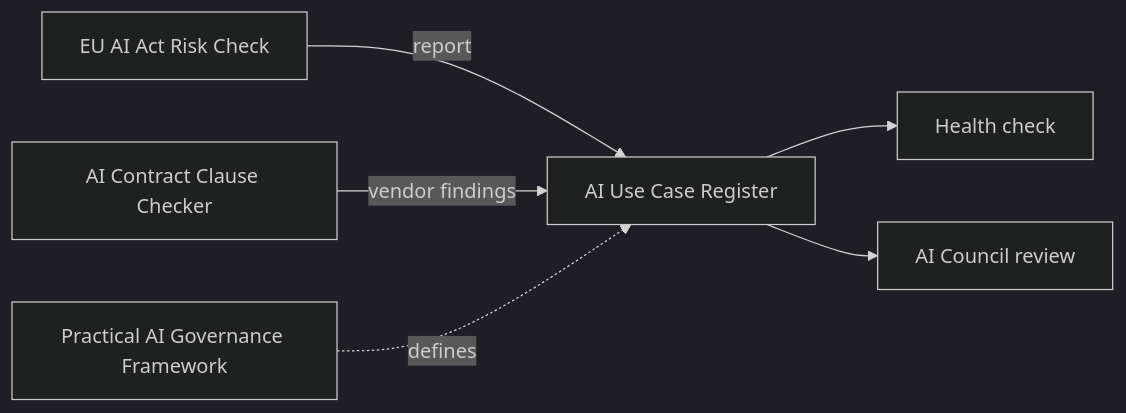
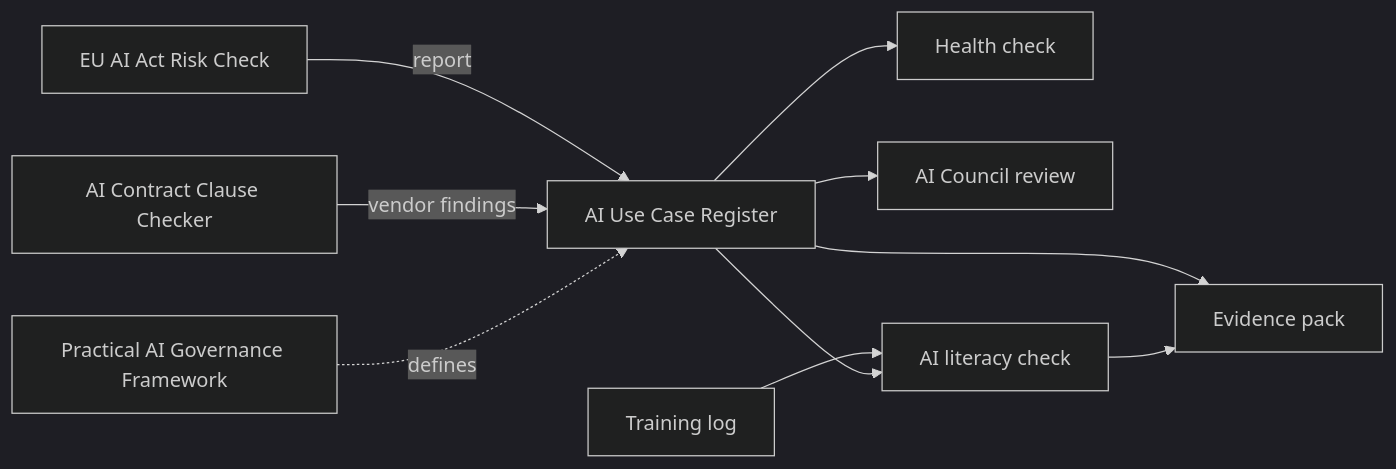
One commit to gifmaster/ai-use-case-register changed the diagram in README.md. Above: the diagram before and after it, drawn with Mermaid (dark theme). The commit also changed other lines of this file and 8 other files, not shown here.

First line of the commit message:
AI literacy training log checks and an evidence pack (#6)

````diff
--- a/README.md
+++ b/README.md
@@ -21,8 +23,12 @@
 ```mermaid
 flowchart LR
     A[EU AI Act Risk Check] -->|report| R[AI Use Case Register]
     C[AI Contract Clause Checker] -->|vendor findings| R
     R --> H[Health check]
     R --> Q[AI Council review]
+    T[Training log] --> L[AI literacy check]
+    R --> L
+    R --> E[Evidence pack]
+    L --> E
     F[Practical AI Governance Framework] -.defines.-> R
 ```
````
